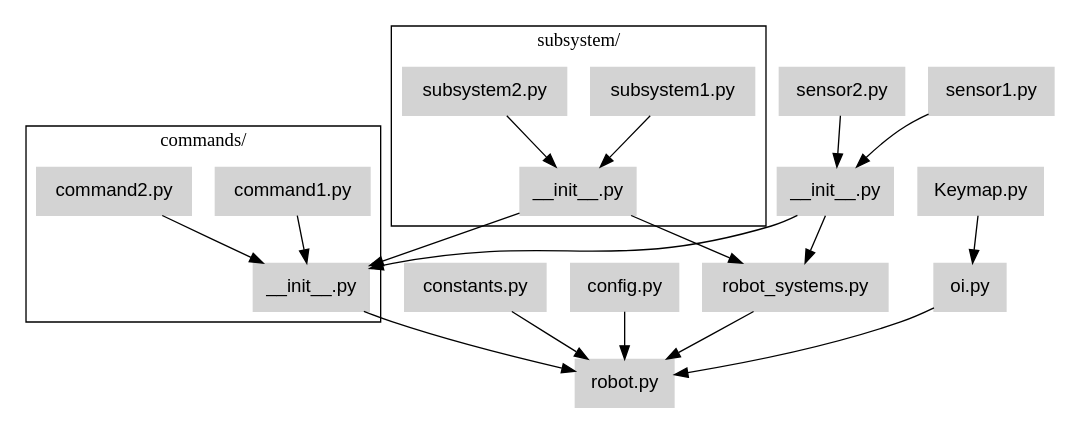
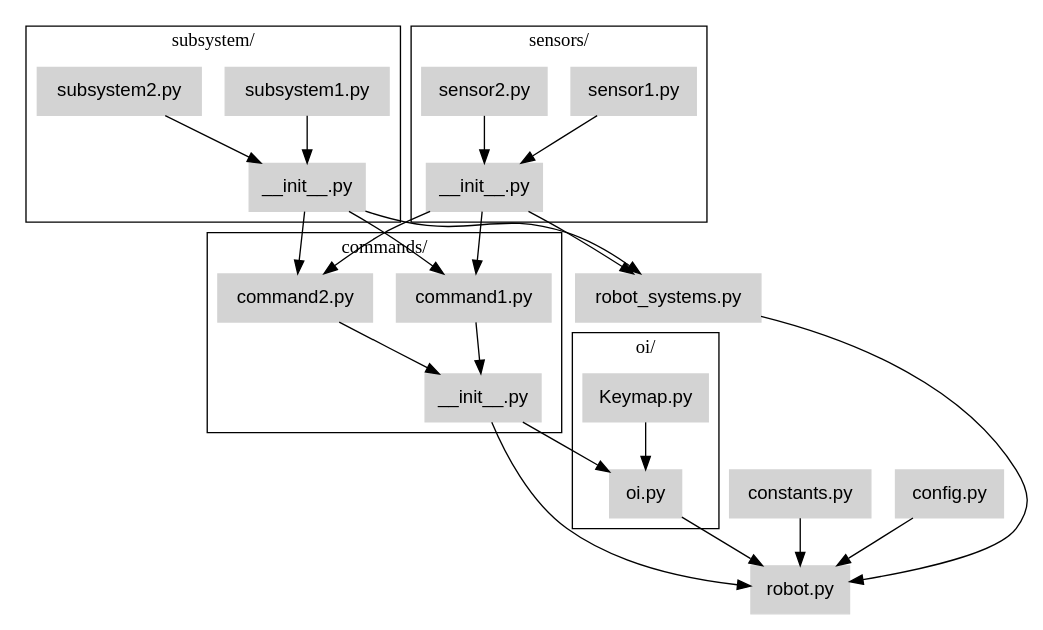
Before and after one commit to Choate-Robotics/Programming-SOPs: the diagram in docs/code/file_structure.rst, drawn with Graphviz.

```diff
--- a/docs/code/file_structure.rst
+++ b/docs/code/file_structure.rst
@@ -9,70 +9,74 @@
 .. graphviz::
 
 
     digraph file_structure {
 
         node [shape=box, style=filled, color=lightgrey, fontname=helvetica]
 
 
             // Clusters for folders
         subgraph cluster_commands {
             label="commands/"
             commands [label="__init__.py"]
             command1_py [label="command1.py"]
             command2_py [label="command2.py"]
             command1_py -> commands
             command2_py -> commands
             // Add more example files in the commands folder, if needed
         }
 
         subgraph cluster_subsystems {
             label="subsystem/"
             subsystems [label="__init__.py"]
             subsystem1_py [label="subsystem1.py"]
             subsystem2_py [label="subsystem2.py"]
             subsystem1_py -> subsystems
             subsystem2_py -> subsystems
             // Add more example files in the subsystem folder, if needed
         }
 
-        subgraph oi {
+        subgraph cluster_oi {
             label="oi/"
             oi_py [label="oi.py"]
             Keymap_py [label="Keymap.py"]
             Keymap_py -> oi_py
         }
 
-        subgraph sensors {
+        subgraph cluster_sensors {
             label="sensors/"
             sensors [label="__init__.py"]
             sensor1_py [label="sensor1.py"]
             sensor2_py [label="sensor2.py"]
             sensor1_py -> sensors
             sensor2_py -> sensors
             // Add more example files in the sensors folder, if needed
         }
 
 
 
         robot_py [label="robot.py"]
         robot_systems_py [label="robot_systems.py"]
         constants_py [label="constants.py"]
         config_py [label="config.py"]
 
         subsystems -> robot_systems_py
         sensors -> robot_systems_py
 
 
-        subsystems -> commands
-        sensors -> commands
+        subsystems -> command1_py
+        sensors -> command1_py
 
-        
+        subsystems -> command2_py
+        sensors -> command2_py
+
+        commands -> oi_py
+
 
         constants_py -> robot_py
         config_py -> robot_py
         oi_py -> robot_py
         robot_systems_py -> robot_py
         commands -> robot_py
 
         
     }
```
